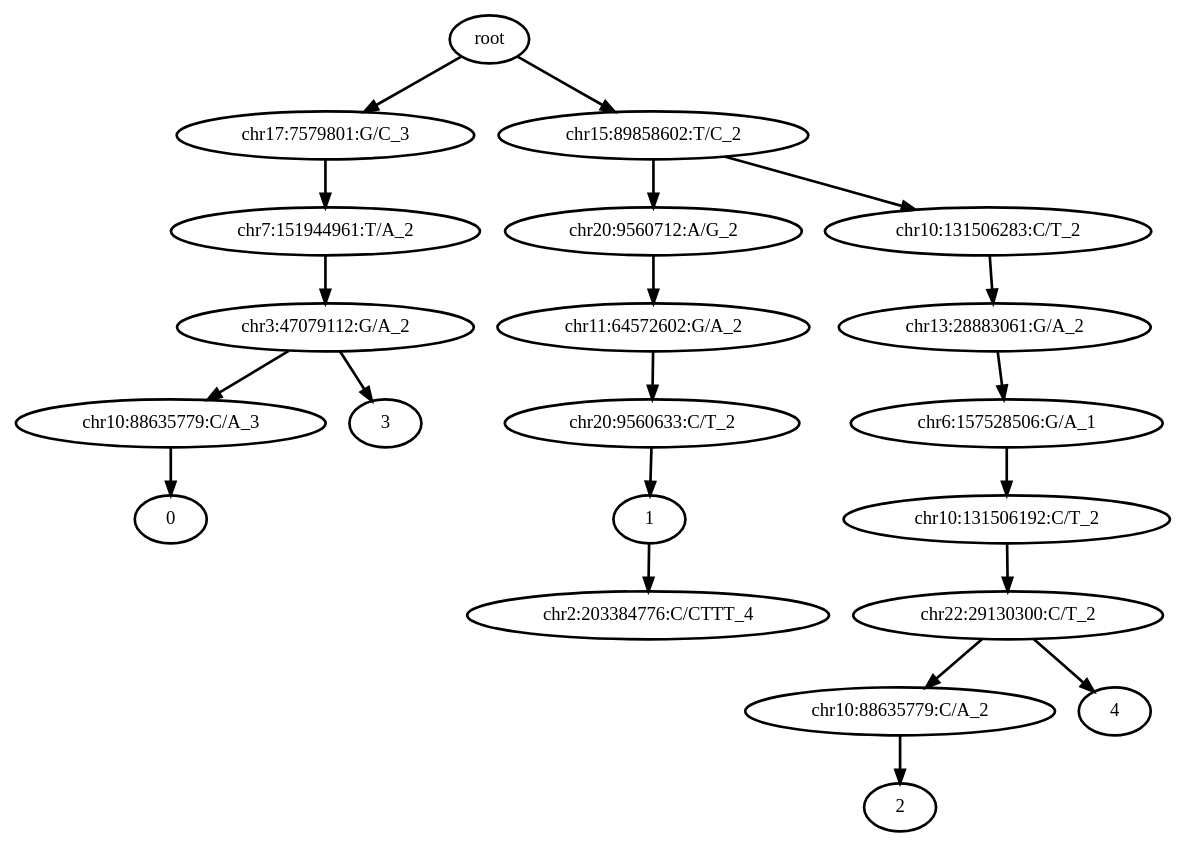
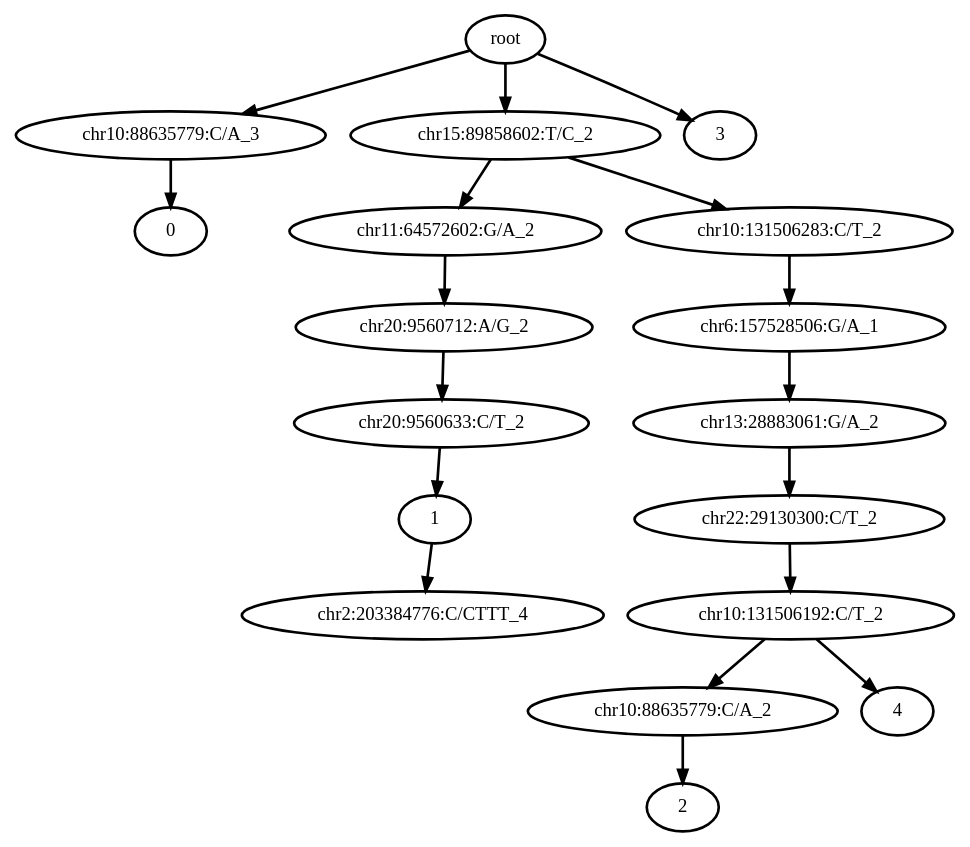
Before and after one commit to haochenz96/Tapestri_main_manuscript_analysis: the diagram in 0_condor_pipeline/condor_outputs/BPA-3/out_tree.dot, drawn with Graphviz. The commit also changed 143 other files, not shown here.

```diff
--- a/0_condor_pipeline/condor_outputs/BPA-3/out_tree.dot
+++ b/0_condor_pipeline/condor_outputs/BPA-3/out_tree.dot
@@ -1,45 +1,39 @@
 digraph N {
 	overlap="false"
 	rankdir="TB"
 	0 [label="root", style="bold"];
-	1 [label="chr17:7579801:G/C_3", style="bold"];
-	2 [label="chr7:151944961:T/A_2", style="bold"];
-	3 [label="chr3:47079112:G/A_2", style="bold"];
-	4 [label="chr10:88635779:C/A_3", style="bold"];
-	5 [label="0", style="bold"];
-	6 [label="chr15:89858602:T/C_2", style="bold"];
-	7 [label="chr20:9560712:A/G_2", style="bold"];
-	8 [label="chr11:64572602:G/A_2", style="bold"];
-	9 [label="chr20:9560633:C/T_2", style="bold"];
-	10 [label="1", style="bold"];
-	11 [label="chr10:131506283:C/T_2", style="bold"];
-	12 [label="chr13:28883061:G/A_2", style="bold"];
-	13 [label="chr6:157528506:G/A_1", style="bold"];
-	14 [label="chr10:131506192:C/T_2", style="bold"];
-	15 [label="chr22:29130300:C/T_2", style="bold"];
-	16 [label="chr10:88635779:C/A_2", style="bold"];
-	17 [label="2", style="bold"];
-	18 [label="3", style="bold"];
-	19 [label="4", style="bold"];
-	20 [label="chr2:203384776:C/CTTT_4", style="bold"];
+	1 [label="chr10:88635779:C/A_3", style="bold"];
+	2 [label="0", style="bold"];
+	3 [label="chr15:89858602:T/C_2", style="bold"];
+	4 [label="chr11:64572602:G/A_2", style="bold"];
+	5 [label="chr20:9560712:A/G_2", style="bold"];
+	6 [label="chr20:9560633:C/T_2", style="bold"];
+	7 [label="1", style="bold"];
+	8 [label="chr10:131506283:C/T_2", style="bold"];
+	9 [label="chr6:157528506:G/A_1", style="bold"];
+	10 [label="chr13:28883061:G/A_2", style="bold"];
+	11 [label="chr22:29130300:C/T_2", style="bold"];
+	12 [label="chr10:131506192:C/T_2", style="bold"];
+	13 [label="chr10:88635779:C/A_2", style="bold"];
+	14 [label="2", style="bold"];
+	15 [label="3", style="bold"];
+	16 [label="4", style="bold"];
+	17 [label="chr2:203384776:C/CTTT_4", style="bold"];
 	0 -> 1 [style="bold"];
-	0 -> 6 [style="bold"];
+	0 -> 3 [style="bold"];
+	0 -> 15 [style="bold"];
 	1 -> 2 [style="bold"];
-	2 -> 3 [style="bold"];
 	3 -> 4 [style="bold"];
-	3 -> 18 [style="bold"];
+	3 -> 8 [style="bold"];
 	4 -> 5 [style="bold"];
+	5 -> 6 [style="bold"];
 	6 -> 7 [style="bold"];
-	6 -> 11 [style="bold"];
-	7 -> 8 [style="bold"];
+	7 -> 17 [style="bold"];
 	8 -> 9 [style="bold"];
 	9 -> 10 [style="bold"];
-	10 -> 20 [style="bold"];
+	10 -> 11 [style="bold"];
 	11 -> 12 [style="bold"];
 	12 -> 13 [style="bold"];
+	12 -> 16 [style="bold"];
 	13 -> 14 [style="bold"];
-	14 -> 15 [style="bold"];
-	15 -> 16 [style="bold"];
-	15 -> 19 [style="bold"];
-	16 -> 17 [style="bold"];
 }
```
